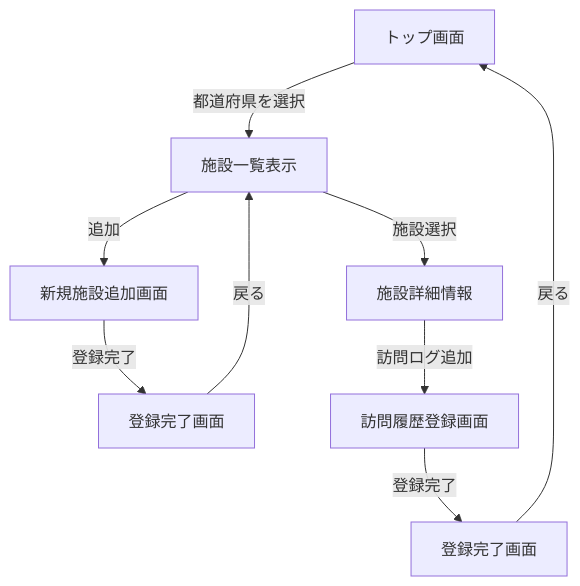
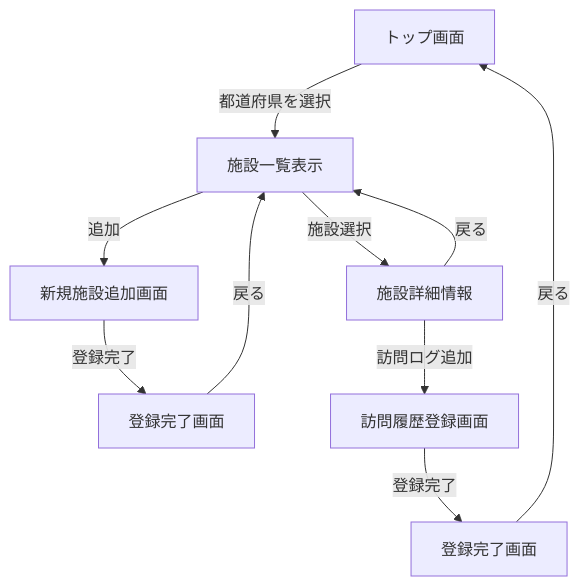
One commit to Seeeeego/sauna_app changed the diagram in docs/transition-diagram.md. Above: the diagram before and after it, drawn with Mermaid. The commit also changed 1 other file, not shown here.

Commit message:
add FacilityDetailPage

````diff
--- a/docs/transition-diagram.md
+++ b/docs/transition-diagram.md
@@ -1,11 +1,12 @@
 ```mermaid
 graph TD
     A[トップ画面] -->|都道府県を選択| B[施設一覧表示]
     B -->|追加| C[新規施設追加画面]
     B --> |施設選択| D[施設詳細情報]
+    D --> |戻る| B
     C --> |登録完了| E[登録完了画面]
     D --> |訪問ログ追加| F[訪問履歴登録画面]
     F --> |登録完了| G[登録完了画面]
     G --> |戻る| A
     E --> |戻る| B
 ```
````
